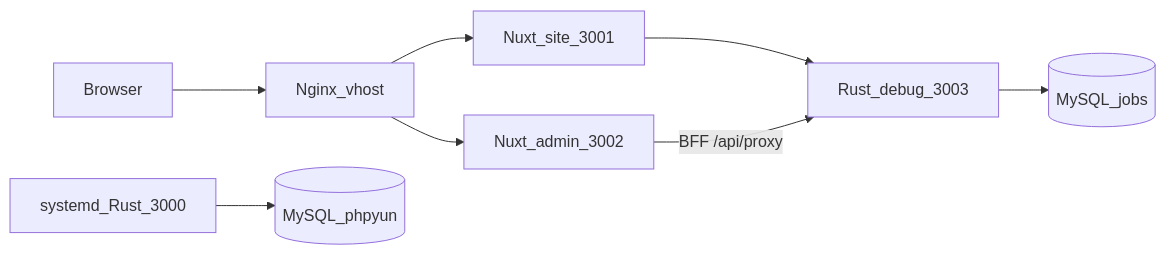
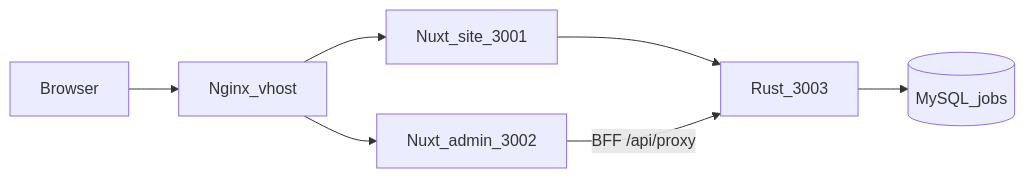
Before and after one commit to DK3369/yunzhaopin: the diagram in doc/ADMIN_PROGRESS.md, drawn with Mermaid. The commit also changed other lines of this file and 10 other files, not shown here.

````diff
--- a/doc/ADMIN_PROGRESS.md
+++ b/doc/ADMIN_PROGRESS.md
@@ -36,18 +35,15 @@
 ```mermaid
 flowchart LR
   browser[Browser]
   nginx[Nginx_vhost]
   site[Nuxt_site_3001]
   admin[Nuxt_admin_3002]
-  rustNew[Rust_debug_3003]
-  rustOld[systemd_Rust_3000]
+  rust[Rust_3003]
   jobs[(MySQL_jobs)]
-  phpYun[(MySQL_phpyun)]
   browser --> nginx
   nginx --> site
   nginx --> admin
-  site --> rustNew
-  admin -->|"BFF /api/proxy"| rustNew
-  rustNew --> jobs
-  rustOld --> phpYun
+  site --> rust
+  admin -->|"BFF /api/proxy"| rust
+  rust --> jobs
 ```
````
